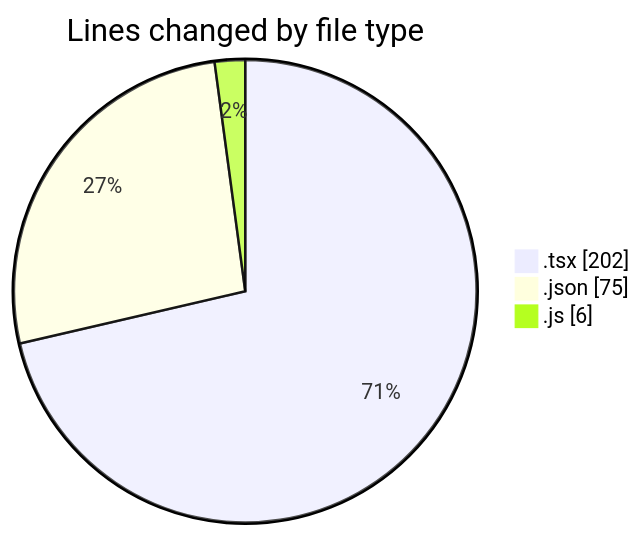
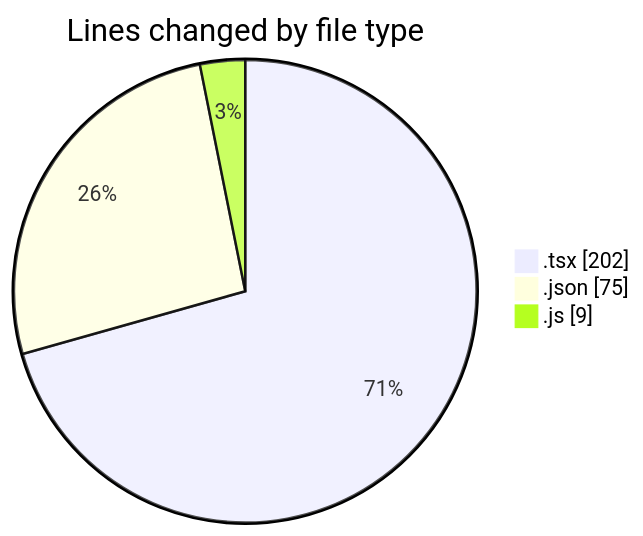
Before and after one commit to IJAZ3593/code-tracking: the first of 2 diagrams in 2025-10-25/ai/README.md, drawn with Mermaid. The commit also changed other lines of this file and 1 other file, not shown here.

````diff
--- a/2025-10-25/ai/README.md
+++ b/2025-10-25/ai/README.md
@@ -23,7 +23,7 @@
 ```mermaid
 pie showData
 title Lines changed by file type
 ".tsx" : 202
 ".json" : 75
-".js" : 6
+".js" : 9
 ```
````
